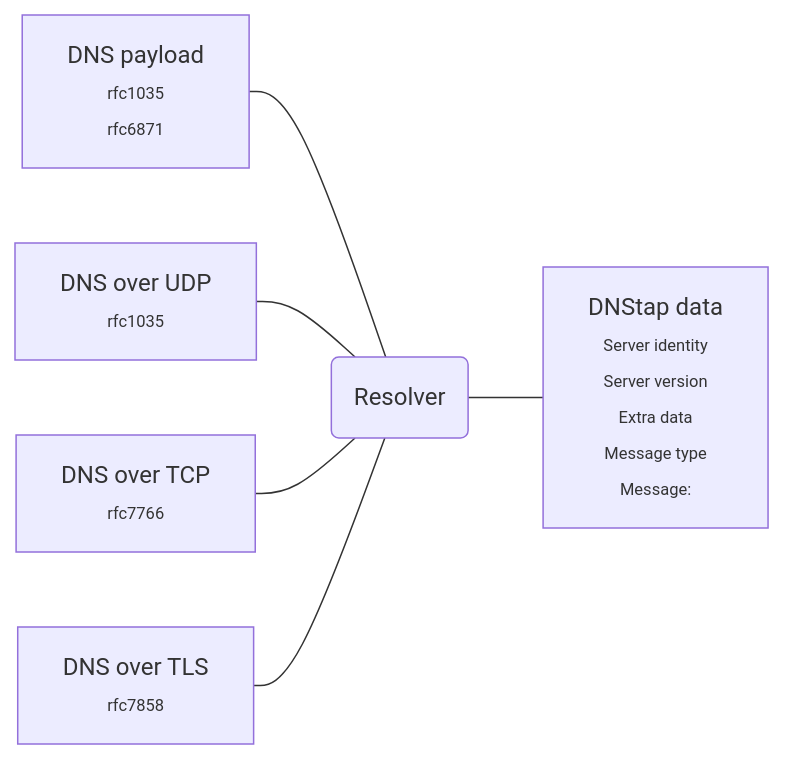
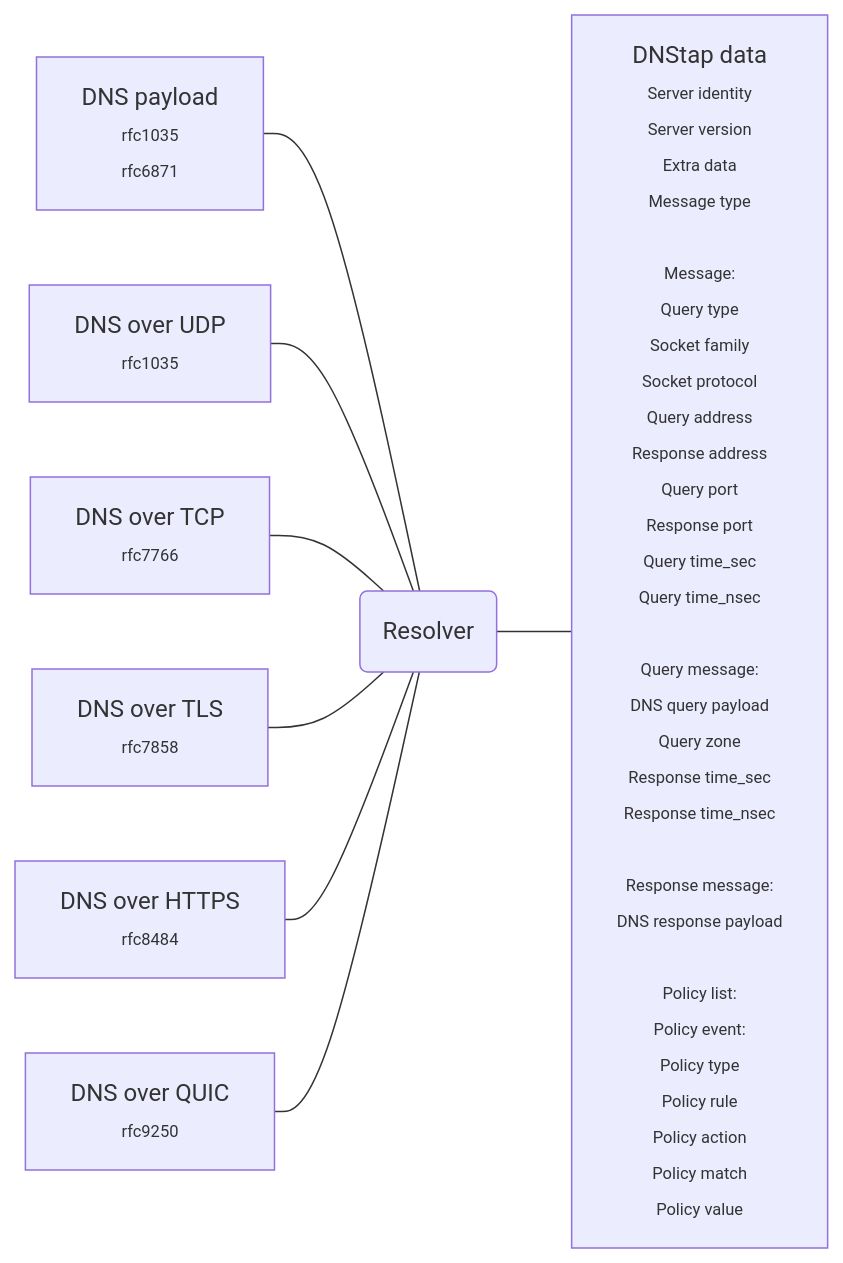
Before and after one commit to dnstapir/datasets: the diagram in dnsdataflow.md, drawn with Mermaid.

````diff
--- a/dnsdataflow.md
+++ b/dnsdataflow.md
@@ -1,31 +1,65 @@
 ```mermaid
 
 %%{
   init: {
   "theme": "dark",
   "themeVariables": {
     "fontFamily": "monospace"
   }
 }%%
 
 flowchart LR
     A[DNS payload 
     <span style="font-size:11px;">rfc1035
     rfc6871</span>
 ] --- R(Resolver)
     B[DNS over UDP
     <span style="font-size:11px;">rfc1035
     </span>] --- R
     C[DNS over TCP
     <span style="font-size:11px;">rfc7766
     </span>] --- R
     D[DNS over TLS
     <span style="font-size:11px;">rfc7858
     </span>] --- R
+    E[DNS over HTTPS
+    <span style="font-size:11px;">rfc8484
+    </span>] --- R
+    F[DNS over QUIC
+    <span style="font-size:11px;">rfc9250
+    </span>] --- R
   R --- T[DNStap data 
     <span style="font-size:11px;">Server identity
-Server version
-Extra data
-Message type
-Message:</span>]
+    Server version
+    Extra data
+    Message type
+
+    Message:
+      Query type
+      Socket family
+      Socket protocol
+      Query address
+      Response address
+      Query port
+      Response port
+      Query time_sec
+      Query time_nsec
+
+Query message:
+DNS query payload
+Query zone
+Response time_sec
+Response time_nsec
+
+Response message:
+DNS response payload
+
+Policy list:
+Policy event:
+Policy type
+Policy rule
+Policy action
+Policy match
+Policy value
+</span>]
 ```
````
